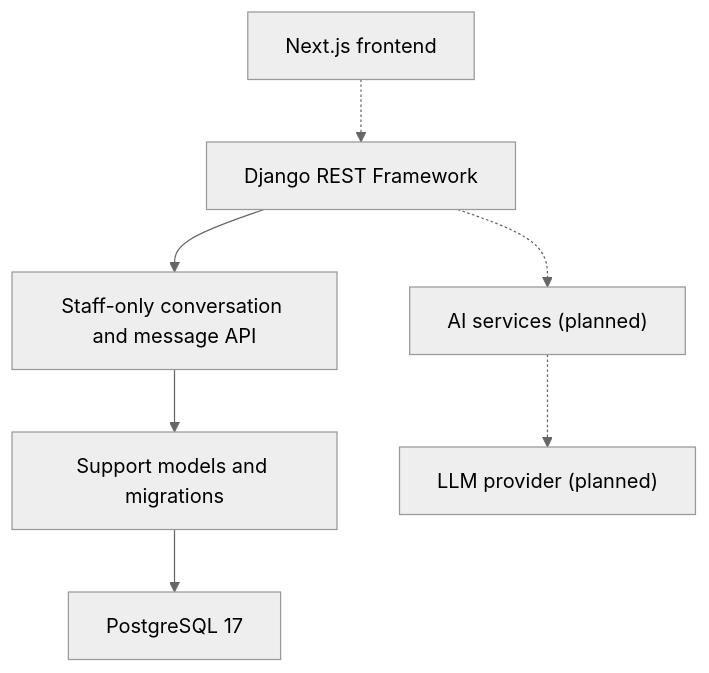
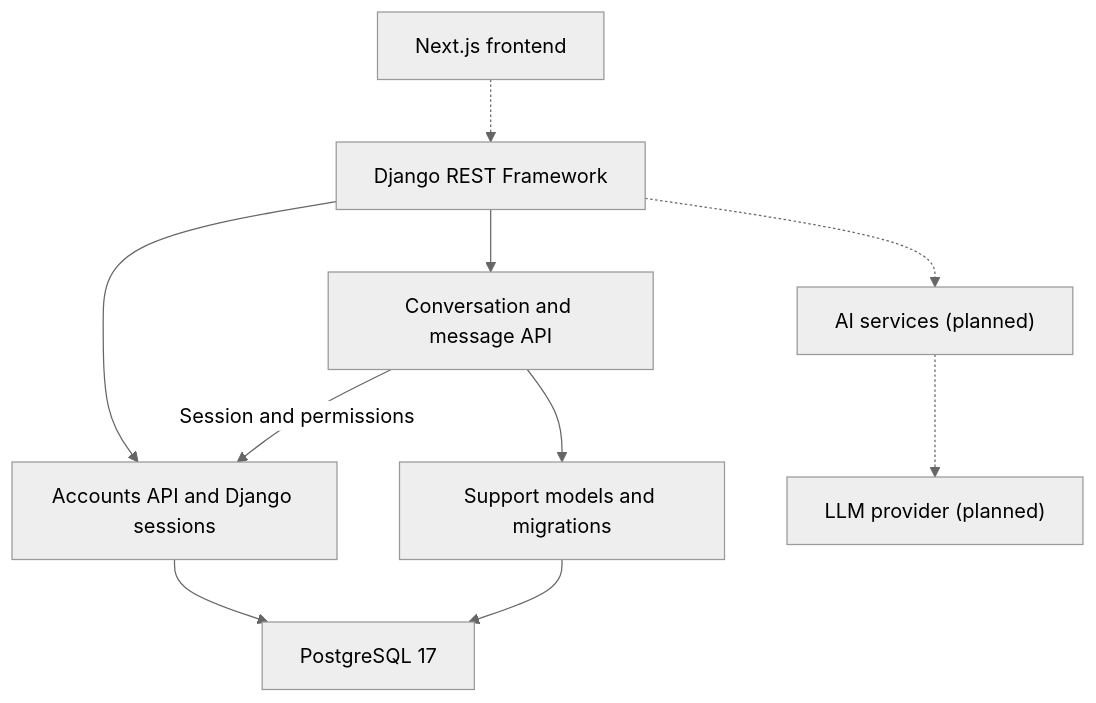
Before and after one commit to isazadesabuhi/ai-customer-support: the diagram in docs/architecture/overview.md, drawn with Mermaid (neutral theme). The commit also changed other lines of this file and 48 other files, not shown here.

First line of the commit message:
feat(auth): add Django session authentication and support roles

````diff
--- a/docs/architecture/overview.md
+++ b/docs/architecture/overview.md
@@ -7,16 +7,20 @@
 ```mermaid
 flowchart TD
     Frontend["Next.js frontend"]
     Backend["Django REST Framework"]
-    API["Staff-only conversation and message API"]
+    Accounts["Accounts API and Django sessions"]
+    API["Conversation and message API"]
     Support["Support models and migrations"]
     Database["PostgreSQL 17"]
     AI["AI services (planned)"]
     Provider["LLM provider (planned)"]
     Frontend -.-> Backend
+    Backend --> Accounts
     Backend --> API
+    API -->|"Session and permissions"| Accounts
+    Accounts --> Database
     API --> Support
     Support --> Database
     Backend -.-> AI
     AI -.-> Provider
 ```
````
